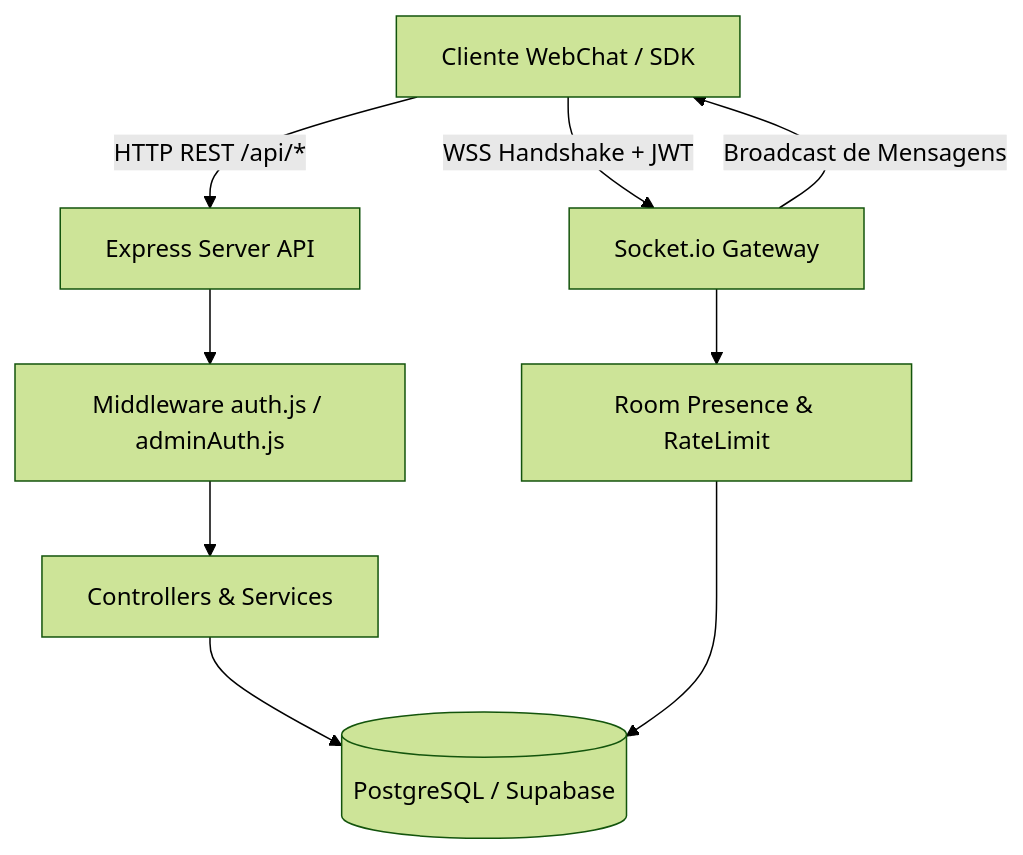
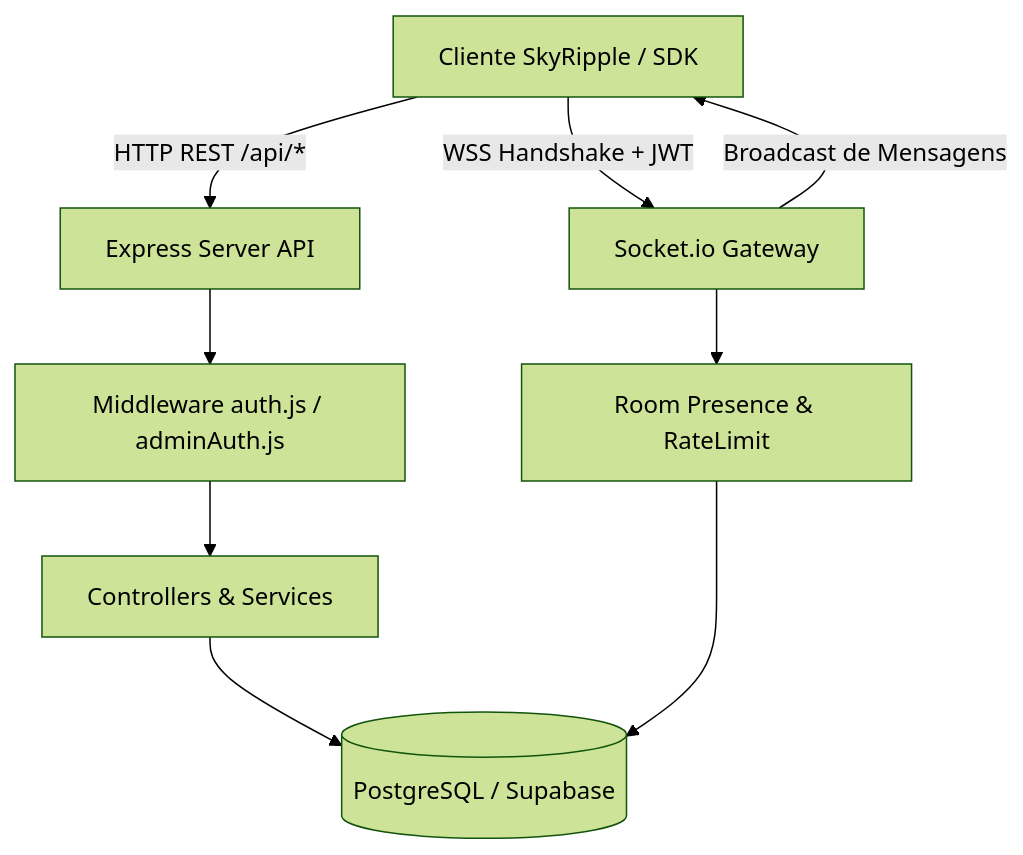
One commit to LucasRamosSilva-15/WebChat changed the diagram in docs/guides/overview.mdx. Above: the diagram before and after it, drawn with Mermaid (forest theme). The commit also changed other lines of this file and 25 other files, not shown here.

Commit message:
refactor: rebrand documentation and assets from WebChat to SkyRipple

````diff
--- a/docs/guides/overview.mdx
+++ b/docs/guides/overview.mdx
@@ -39,11 +39,11 @@
 ```mermaid
 graph TD
-    Client[Cliente WebChat / SDK] -->|HTTP REST /api/*| Express[Express Server API]
+    Client[Cliente SkyRipple / SDK] -->|HTTP REST /api/*| Express[Express Server API]
     Client -->|WSS Handshake + JWT| SocketIO[Socket.io Gateway]
     Express --> AuthMW[Middleware auth.js / adminAuth.js]
     AuthMW --> Controllers[Controllers & Services]
     Controllers --> Postgres[(PostgreSQL / Supabase)]
     SocketIO --> RoomPresence[Room Presence & RateLimit]
     RoomPresence --> Postgres
     SocketIO -->|Broadcast de Mensagens| Client
 ```
````
